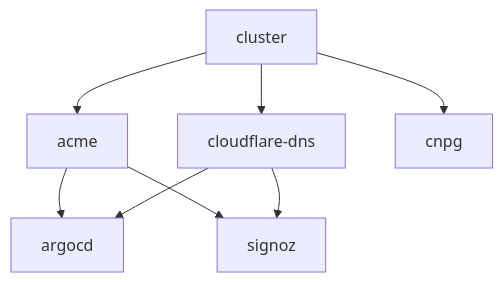
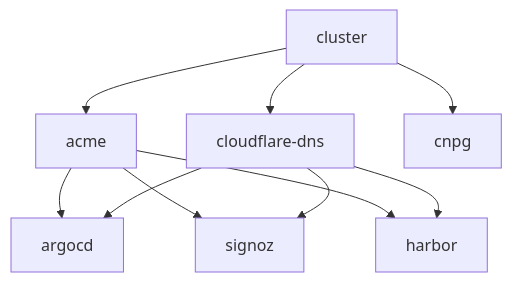
One commit to paapug/hetzner-kube-express changed the diagram in docs/how-it-fits-together.md. Above: the diagram before and after it, drawn with Mermaid. The commit also changed other lines of this file and 8 other files, not shown here.

````diff
--- a/docs/how-it-fits-together.md
+++ b/docs/how-it-fits-together.md
@@ -52,17 +52,20 @@
 ```mermaid
 flowchart TD
   cluster[cluster]
   acme[acme]
   cloudflareDns[cloudflare-dns]
   cnpg[cnpg]
   argocd[argocd]
   signoz[signoz]
+  harbor[harbor]
 
   cluster --> acme
   cluster --> cloudflareDns
   cluster --> cnpg
   acme --> argocd
   cloudflareDns --> argocd
   acme --> signoz
   cloudflareDns --> signoz
+  acme --> harbor
+  cloudflareDns --> harbor
 ```
````
